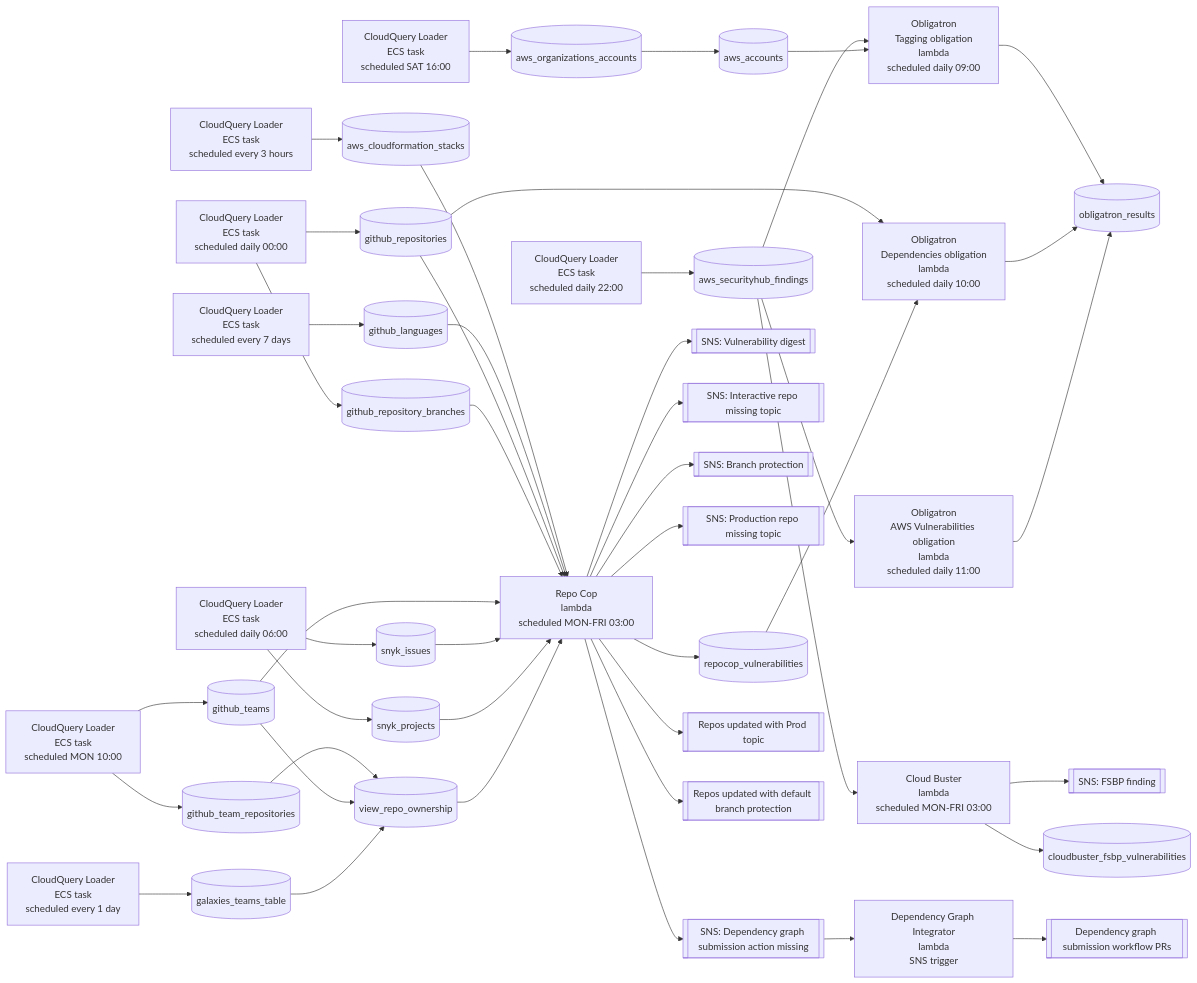
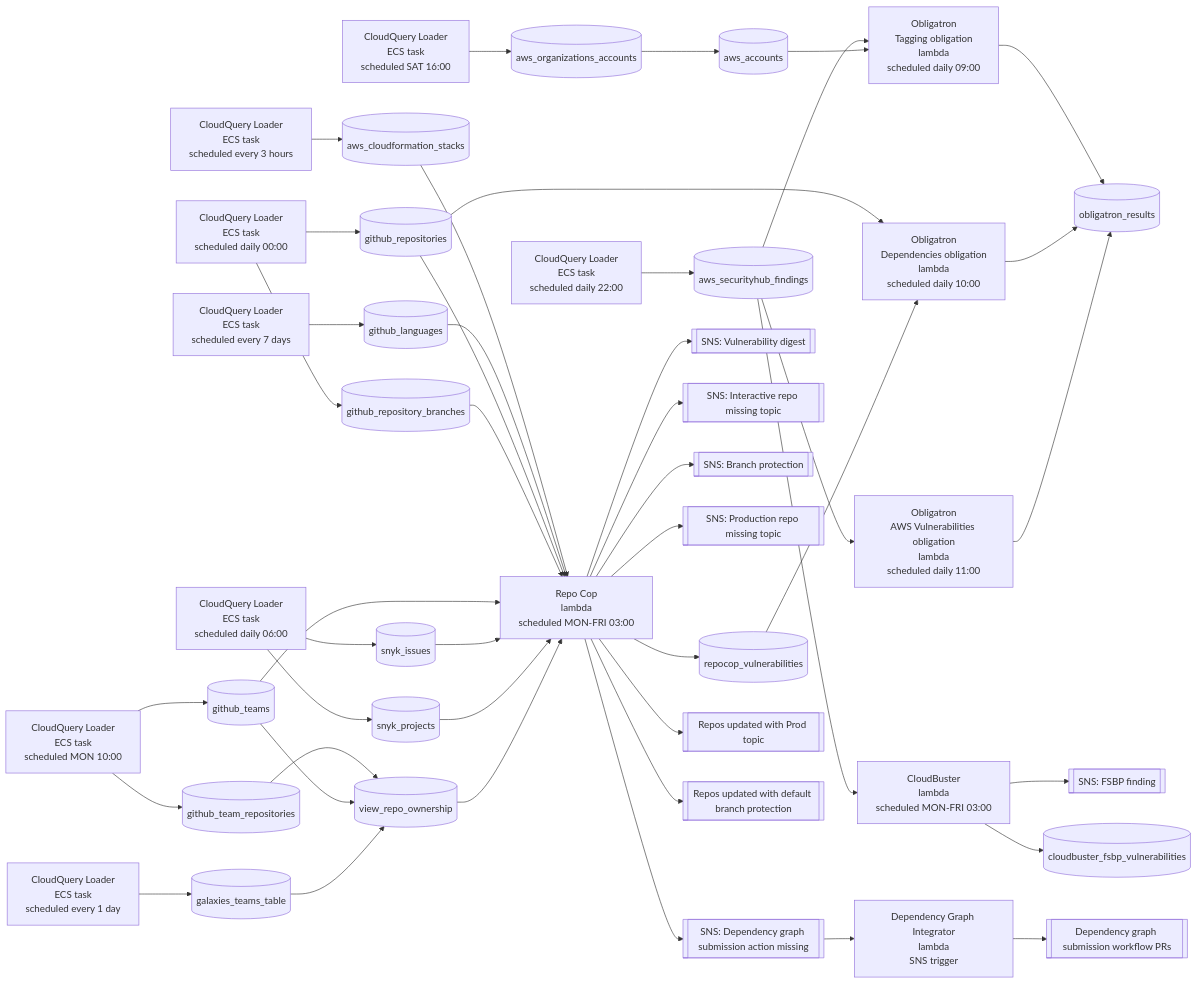
One commit to guardian/service-catalogue changed the diagram in packages/repocop/JobDependencies.md. Above: the diagram before and after it, drawn with Mermaid.

```diff
--- a/packages/repocop/JobDependencies.md
+++ b/packages/repocop/JobDependencies.md
@@ -48,7 +48,7 @@
     galaxiesLoader[CloudQuery Loader<br>ECS task<br>scheduled every 1 day]
     repocop[Repo Cop<br>lambda<br>scheduled MON-FRI 03:00]
     depGraphIntegrator[Dependency Graph Integrator<br>lambda<br>SNS trigger]
-    cloudbuster[Cloud Buster<br>lambda<br>scheduled MON-FRI 03:00]
+    cloudbuster[CloudBuster<br>lambda<br>scheduled MON-FRI 03:00]
     obligatronTagging[Obligatron<br>Tagging obligation<br>lambda<br>scheduled daily 09:00]
     obligatronDeps[Obligatron<br>Dependencies obligation<br>lambda<br>scheduled daily 10:00]
     obligatronVulns[Obligatron<br>AWS Vulnerabilities obligation<br>lambda<br>scheduled daily 11:00]
```
